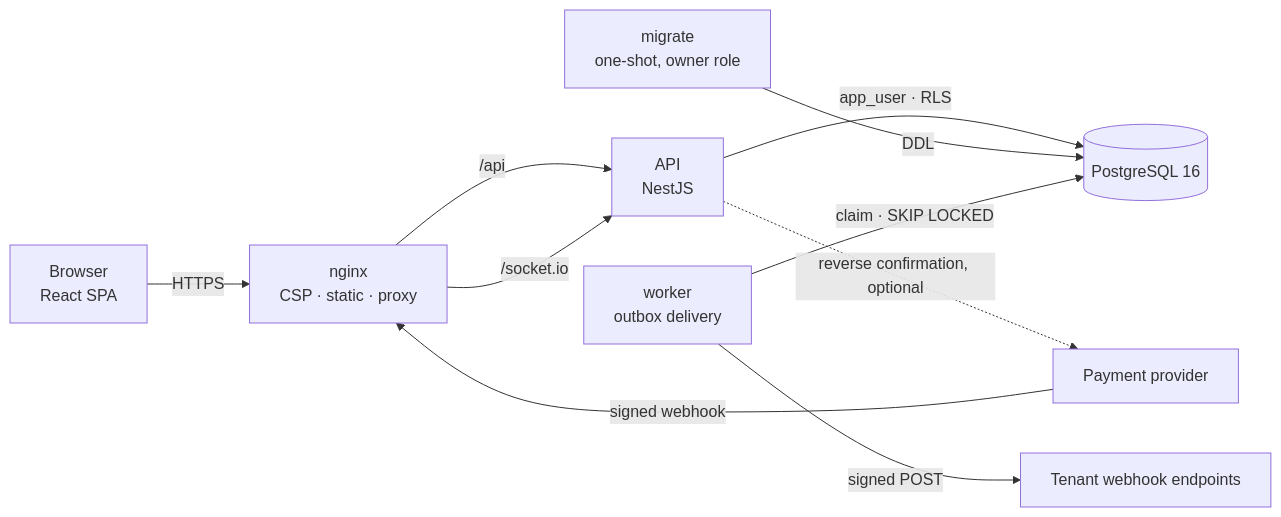
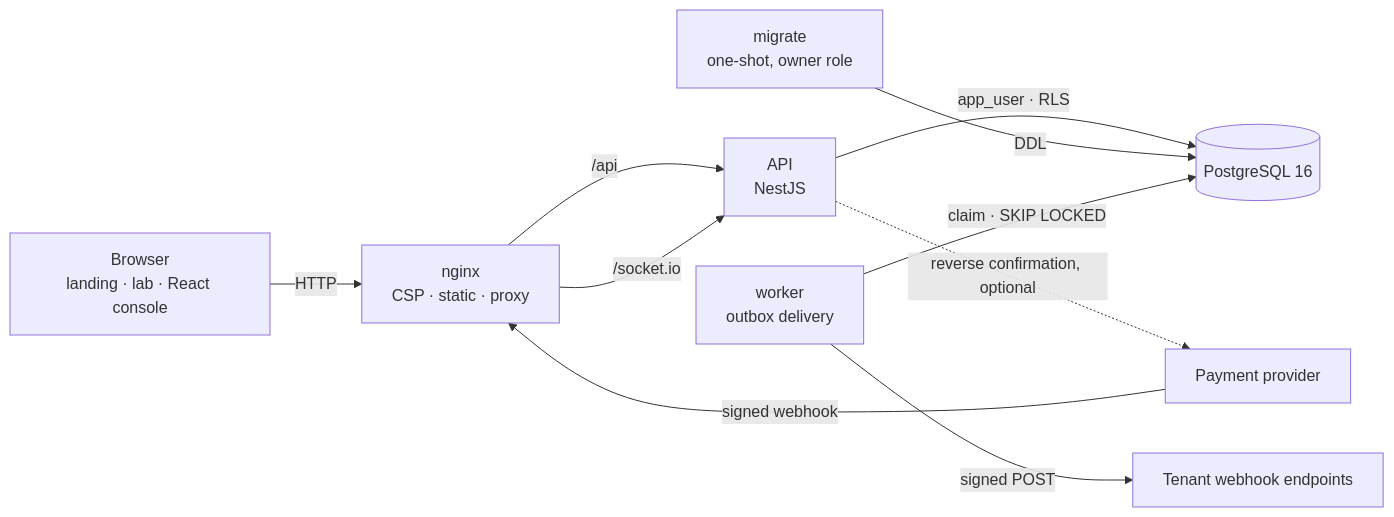
The first of 3 diagrams in README.md (MenoDK/bulkhead-saas), drawn with Mermaid before and after one commit. The commit also changed other lines of this file and 10 other files, not shown here.

````diff
--- a/README.md
+++ b/README.md
@@ -31,12 +117,12 @@
 ```mermaid
 flowchart LR
-  B[Browser<br/>React SPA] -->|HTTPS| N[nginx<br/>CSP · static · proxy]
+  B[Browser<br/>landing · lab · React console] -->|HTTP| N[nginx<br/>CSP · static · proxy]
   N -->|/api| A[API<br/>NestJS]
   N -->|/socket.io| A
   A -->|app_user · RLS| P[(PostgreSQL 16)]
   M[migrate<br/>one-shot, owner role] -->|DDL| P
   W[worker<br/>outbox delivery] -->|claim · SKIP LOCKED| P
   W -->|signed POST| X[Tenant webhook endpoints]
   PP[Payment provider] -->|signed webhook| N
   A -.->|reverse confirmation, optional| PP
 ```
````
